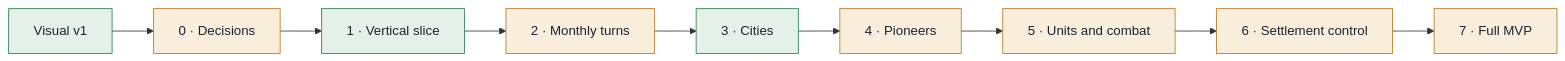
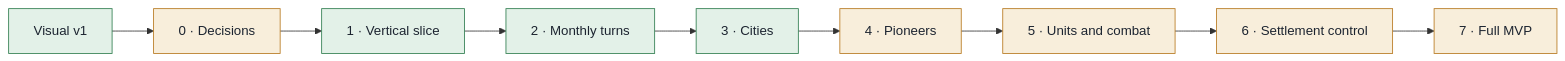
Before and after one commit to eyalgolan/statecraft-israel: the diagram in README.md, drawn with Mermaid. The commit also changed other lines of this file and 1 other file, not shown here.

Commit message:
README: Phase 2 of the roadmap is done, in both languages
The HUD part of Phase 2 PR 7 is on main: the owner chose on 26 October
2026 "Food+Arms off the bar (Recommended)", and #1790 (16f449d47) put
Food and Arms in the turn report and Why, with Arms stock and purchase
in Defence. The Roadmap row and the diagram node for Phase 2 now say
done (CONTRIBUTING rule 9). Refs #731, #382.

````diff
--- a/README.md
+++ b/README.md
@@ -98,14 +98,14 @@
 ```mermaid
 flowchart LR
   V["Visual v1"]:::done --> P0["0 · Decisions"]:::now
   P0 --> P1["1 · Vertical slice"]:::done
-  P1 --> P2["2 · Monthly turns"]:::now
+  P1 --> P2["2 · Monthly turns"]:::done
   P2 --> P3["3 · Cities"]:::done
   P3 --> P4["4 · Pioneers"]:::now
   P4 --> P5["5 · Units and combat"]:::now
   P5 --> P6["6 · Settlement control"]:::now
   P6 --> P7["7 · Full MVP"]:::now
   classDef done fill:#e3f1e8,stroke:#2f7d4f,color:#1c2430
   classDef now fill:#f8eedb,stroke:#b7791f,color:#1c2430
   classDef next fill:#eceff3,stroke:#8792a2,color:#1c2430
 ```
````
